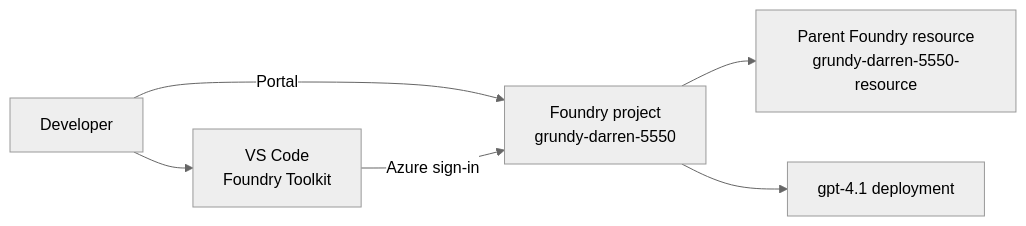
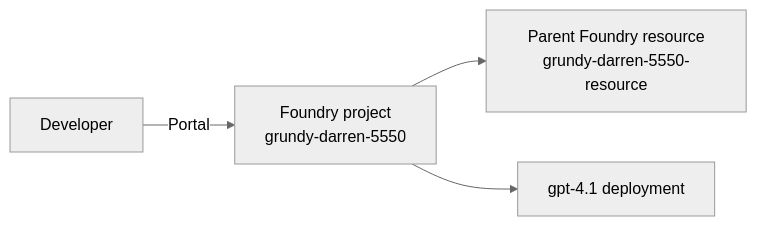
One commit to darrengrundy/applied-ai-portfolio changed the diagram in learning-projects/microsoft-ai-engineering/1-1-prepare-ai-development/README.md. Above: the diagram before and after it, drawn with Mermaid (neutral theme). The commit also changed other lines of this file and 1 other file, not shown here.

First line of the commit message:
docs: drop pending quiz score and VS Code step from AI-103 lab 1.1

````diff
--- a/learning-projects/microsoft-ai-engineering/1-1-prepare-ai-development/README.md
+++ b/learning-projects/microsoft-ai-engineering/1-1-prepare-ai-development/README.md
@@ -26,8 +25,6 @@
 ```mermaid
 flowchart LR
     Dev["Developer"] -->|Portal| Project["Foundry project<br/>grundy-darren-5550"]
-    Dev --> VSCode["VS Code<br/>Foundry Toolkit"]
-    VSCode -->|Azure sign-in| Project
     Project --> Parent["Parent Foundry resource<br/>grundy-darren-5550-resource"]
     Project --> Model["gpt-4.1 deployment"]
 ```
````
